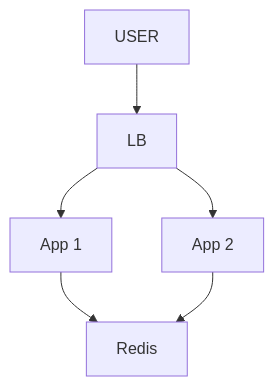
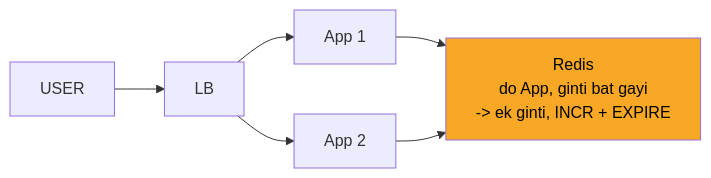
The second of 11 diagrams in 04_HLD/SYSTEM_DESIGNS/02_rate_limiter/02_rate_limiter.md (ArpanMaheshwari144/Prep), drawn with Mermaid before and after one commit. The commit also changed other lines of this file and 2 other files, not shown here.

Commit message:
url shortener, rate limiter, twitter: one-day story, short cards, follow-ups with rules, highlighted diagrams

````diff
--- a/04_HLD/SYSTEM_DESIGNS/02_rate_limiter/02_rate_limiter.md
+++ b/04_HLD/SYSTEM_DESIGNS/02_rate_limiter/02_rate_limiter.md
@@ -78,13 +119,14 @@
 ```mermaid
-flowchart TD
+flowchart LR
     n_USER["USER"]
     n_LB["LB"]
     n_App_x_N_1["App 1"]
     n_App_x_N_2["App 2"]
-    n_Redis["Redis"]
+    n_Redis["Redis<br/>do App, ginti bat gayi<br/>-> ek ginti, INCR + EXPIRE"]
     n_USER --> n_LB
     n_LB --> n_App_x_N_1
     n_LB --> n_App_x_N_2
     n_App_x_N_1 --> n_Redis
     n_App_x_N_2 --> n_Redis
+    style n_Redis fill:#f9a825,color:#000
 ```
````
